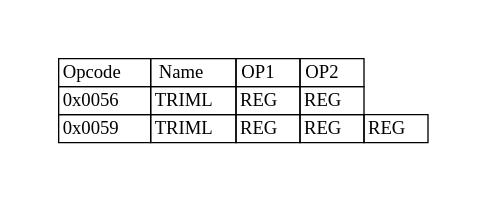
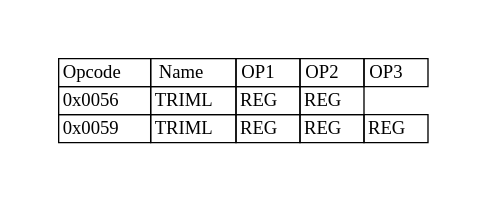
Before and after one commit to adesutherland/CREXX: the diagram in docs/books/crexx_vm_spec/svg/triml.gv, drawn with Graphviz. The commit also changed 207 other files, not shown here.

```diff
--- a/docs/books/crexx_vm_spec/svg/triml.gv
+++ b/docs/books/crexx_vm_spec/svg/triml.gv
@@ -1,10 +1,10 @@
 digraph{
 graph [pad="0.5", nodesep="0.5", ranksep="2" ]
 node[shape=plain]
 Foo [label=<
 <table border="0" cellborder="1" cellspacing="0">
-<tr><td> Opcode </td> <td> Name </td> <td> OP1 </td><td> OP2 </td> </tr>
+<tr><td> Opcode </td> <td> Name </td> <td> OP1 </td><td> OP2 </td><td> OP3 </td> </tr>
 <tr><td> 0x0056 </td><td> TRIML </td><td> REG </td><td> REG </td> </tr>
 <tr><td> 0x0059 </td><td> TRIML </td><td> REG </td><td> REG </td><td> REG </td> </tr>
 </table>>];
 }
```
